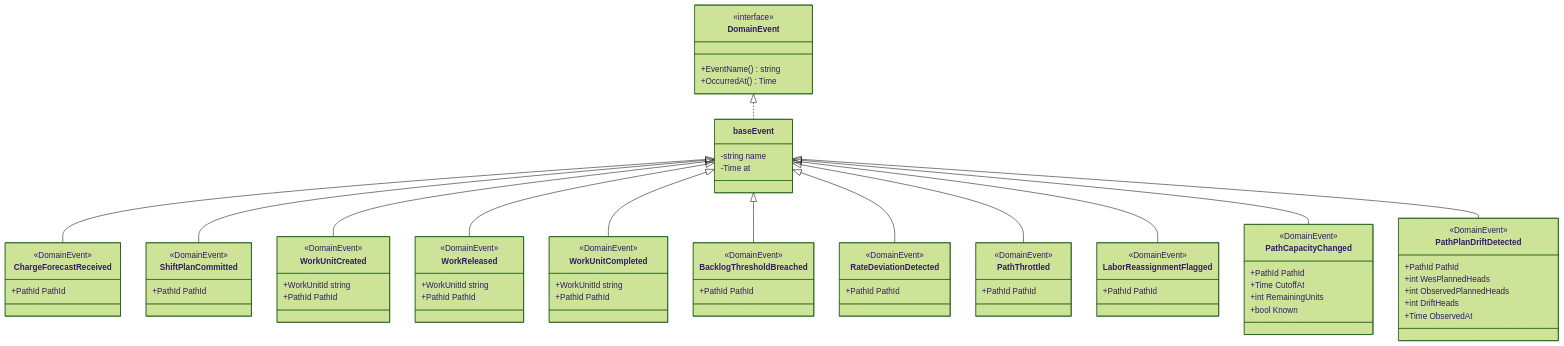
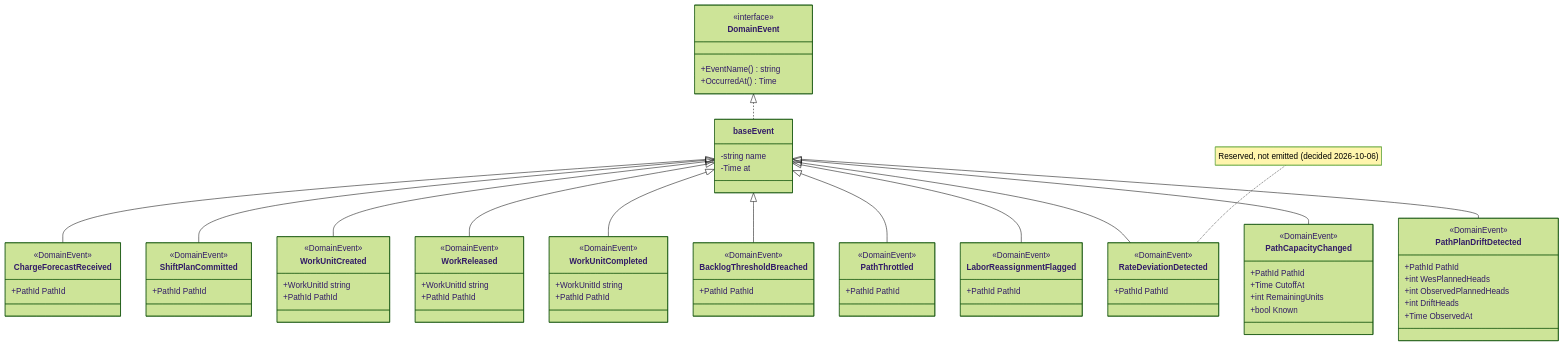
The second of 5 diagrams in docs/contexts/wes-work-planning/class-diagram.md (IQVO/warehouse-docs), drawn with Mermaid (forest theme) before and after one commit. The commit also changed other lines of this file and 318 other files, not shown here.

````diff
--- a/docs/contexts/wes-work-planning/class-diagram.md
+++ b/docs/contexts/wes-work-planning/class-diagram.md
@@ -186,80 +187,81 @@
 ```mermaid
 classDiagram
     direction TB
     class DomainEvent {
         <<interface>>
         +EventName() string
         +OccurredAt() Time
     }
     class baseEvent {
         -string name
         -Time at
     }
     class ChargeForecastReceived {
         <<DomainEvent>>
         +PathId PathId
     }
     class ShiftPlanCommitted {
         <<DomainEvent>>
         +PathId PathId
     }
     class WorkUnitCreated {
         <<DomainEvent>>
         +WorkUnitId string
         +PathId PathId
     }
     class WorkReleased {
         <<DomainEvent>>
         +WorkUnitId string
         +PathId PathId
     }
     class WorkUnitCompleted {
         <<DomainEvent>>
         +WorkUnitId string
         +PathId PathId
     }
     class BacklogThresholdBreached {
         <<DomainEvent>>
         +PathId PathId
     }
     class RateDeviationDetected {
         <<DomainEvent>>
         +PathId PathId
     }
+    note for RateDeviationDetected "Reserved, not emitted (decided 2026-10-06)"
     class PathThrottled {
         <<DomainEvent>>
         +PathId PathId
     }
     class LaborReassignmentFlagged {
         <<DomainEvent>>
         +PathId PathId
     }
     class PathCapacityChanged {
         <<DomainEvent>>
         +PathId PathId
         +Time CutoffAt
         +int RemainingUnits
         +bool Known
     }
     class PathPlanDriftDetected {
         <<DomainEvent>>
         +PathId PathId
         +int WesPlannedHeads
         +int ObservedPlannedHeads
         +int DriftHeads
         +Time ObservedAt
     }
 
     DomainEvent <|.. baseEvent
     baseEvent <|-- ChargeForecastReceived
     baseEvent <|-- ShiftPlanCommitted
     baseEvent <|-- WorkUnitCreated
     baseEvent <|-- WorkReleased
     baseEvent <|-- WorkUnitCompleted
     baseEvent <|-- BacklogThresholdBreached
     baseEvent <|-- RateDeviationDetected
     baseEvent <|-- PathThrottled
     baseEvent <|-- LaborReassignmentFlagged
     baseEvent <|-- PathCapacityChanged
     baseEvent <|-- PathPlanDriftDetected
 ```
````
